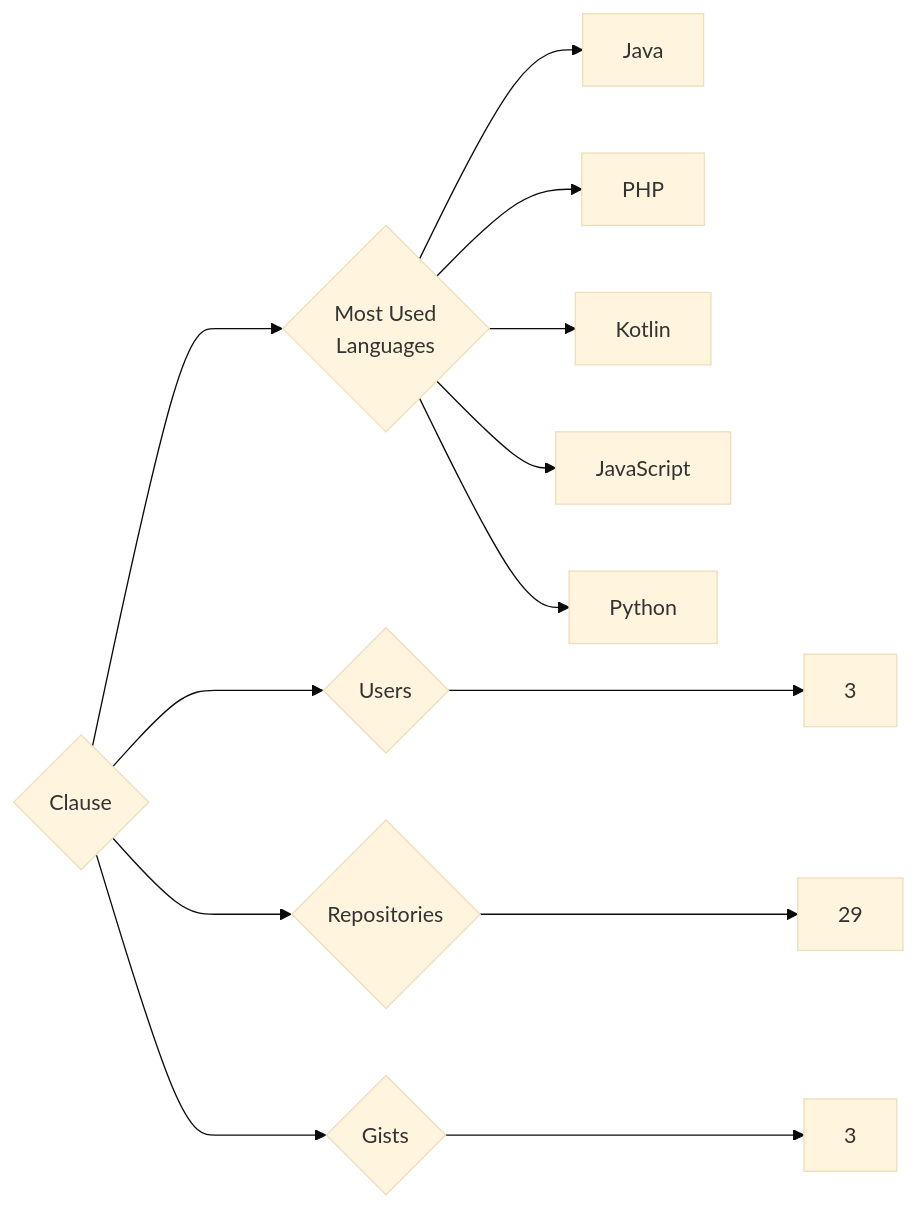
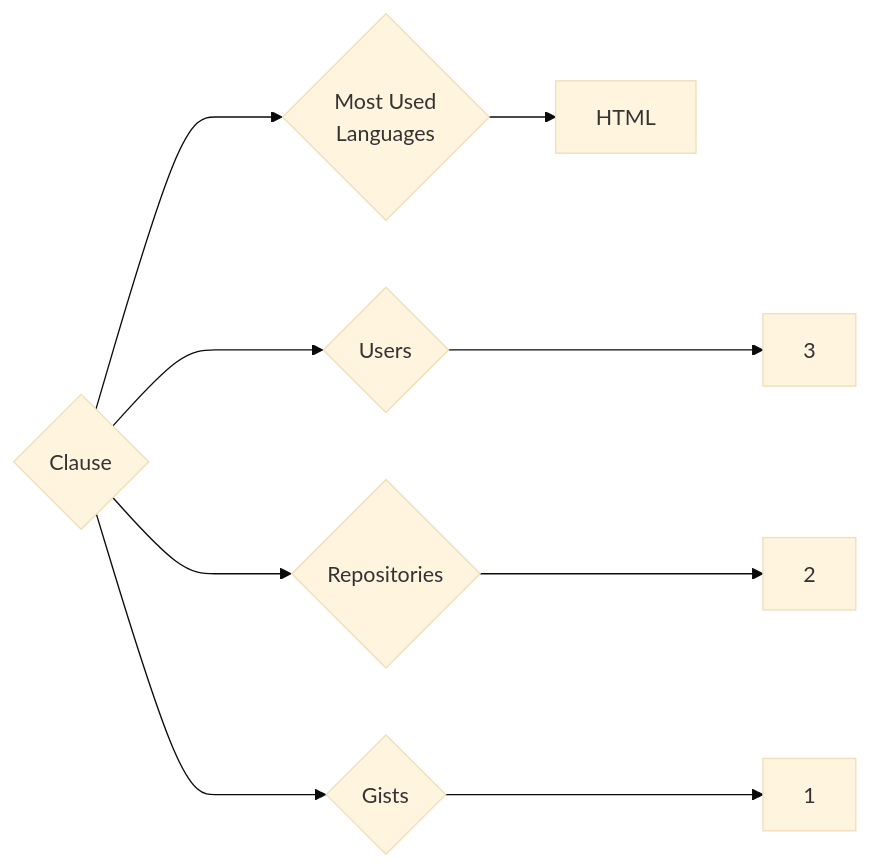
Before and after one commit to trickest/insiders: the diagram in targets/Clause/README.md, drawn with Mermaid (base theme). The commit also changed 988 other files, not shown here.

````diff
--- a/targets/Clause/README.md
+++ b/targets/Clause/README.md
@@ -3,13 +3,9 @@
 ```mermaid
 graph LR
 COMPANY_NAME{Clause}
 COMPANY_NAME ---> U{Users} ---> UN[3]
-COMPANY_NAME ---> R{Repositories} ---> RN[29]
-COMPANY_NAME ---> G{Gists} ---> GN[3]
+COMPANY_NAME ---> R{Repositories} ---> RN[2]
+COMPANY_NAME ---> G{Gists} ---> GN[1]
 COMPANY_NAME ---> ML{Most Used<br>Languages}
-ML --> Java[Java]
-ML --> PHP[PHP]
-ML --> Kotlin[Kotlin]
-ML --> JavaScript[JavaScript]
-ML --> Python[Python]
+ML --> HTML[HTML]
 ```
````
